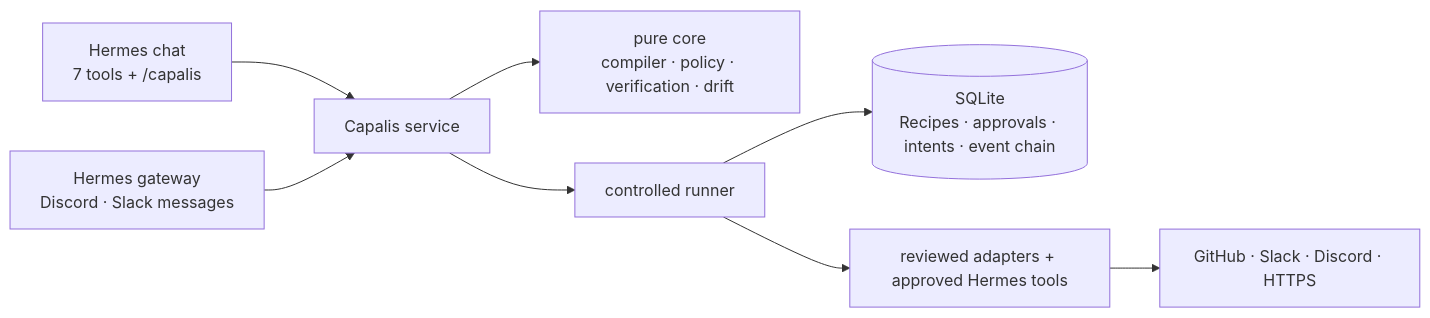
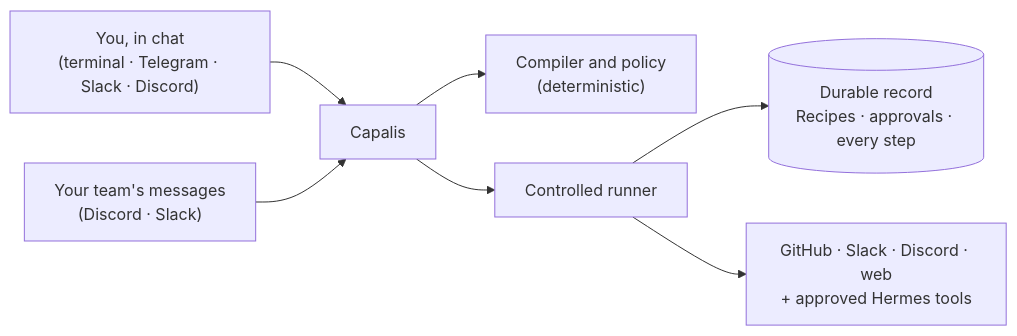
The diagram in README.md (Femtech-web/Capalis), drawn with Mermaid before and after one commit. The commit also changed other lines of this file and 34 other files, not shown here.

Commit message:
feat: add Telegram control panel adapter and expand service, docs, and tests for v0.2.0 release

````diff
--- a/README.md
+++ b/README.md
@@ -125,9 +168,9 @@
 ```mermaid
 flowchart LR
-  chat["Hermes chat<br/>7 tools + /capalis"] --> svc["Capalis service"]
-  gw["Hermes gateway<br/>Discord · Slack messages"] --> svc
-  svc --> core["pure core<br/>compiler · policy · verification · drift"]
-  svc --> run["controlled runner"]
-  run --> db[("SQLite<br/>Recipes · approvals · intents · event chain")]
-  run --> ad["reviewed adapters + approved Hermes tools"] --> ext["GitHub · Slack · Discord · HTTPS"]
+  you["You, in chat<br/>(terminal · Telegram · Slack · Discord)"] --> svc["Capalis"]
+  people["Your team's messages<br/>(Discord · Slack)"] --> svc
+  svc --> core["Compiler and policy<br/>(deterministic)"]
+  svc --> run["Controlled runner"]
+  run --> db[("Durable record<br/>Recipes · approvals · every step")]
+  run --> ext["GitHub · Slack · Discord · web<br/>+ approved Hermes tools"]
 ```
````
